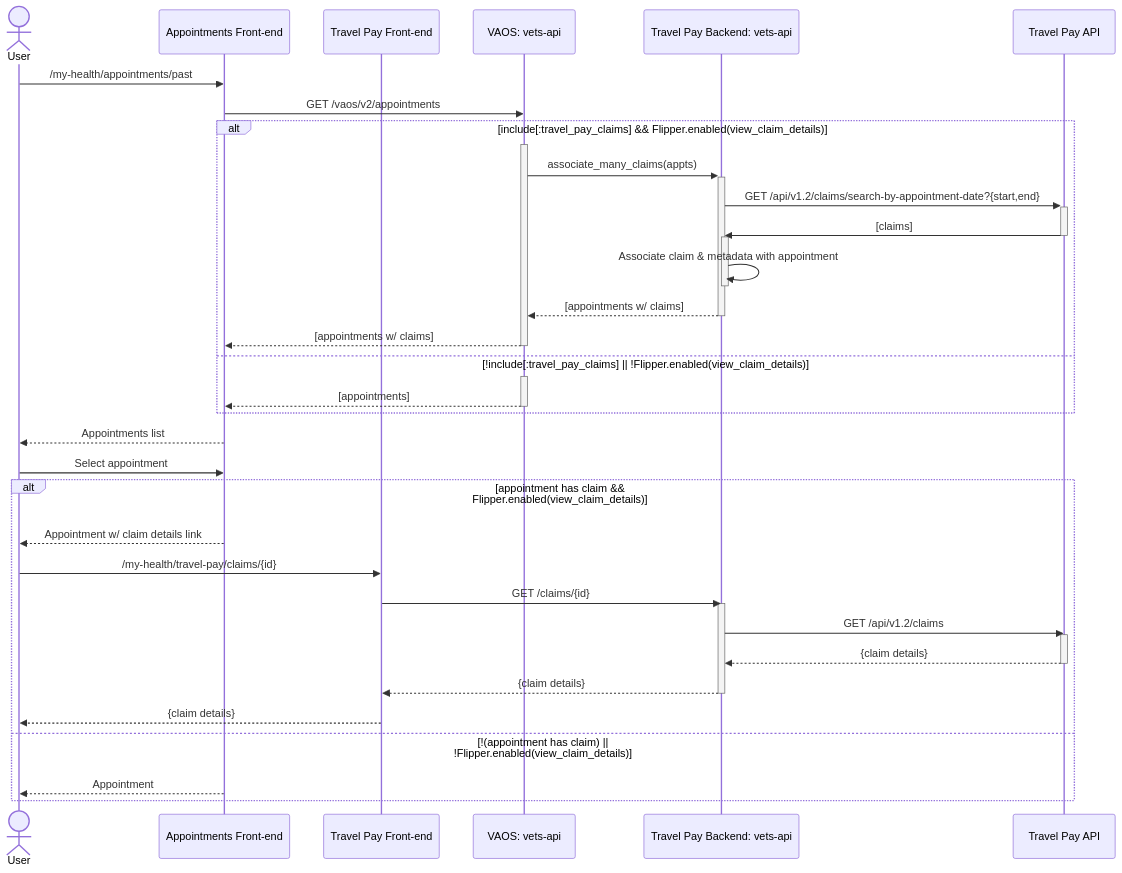
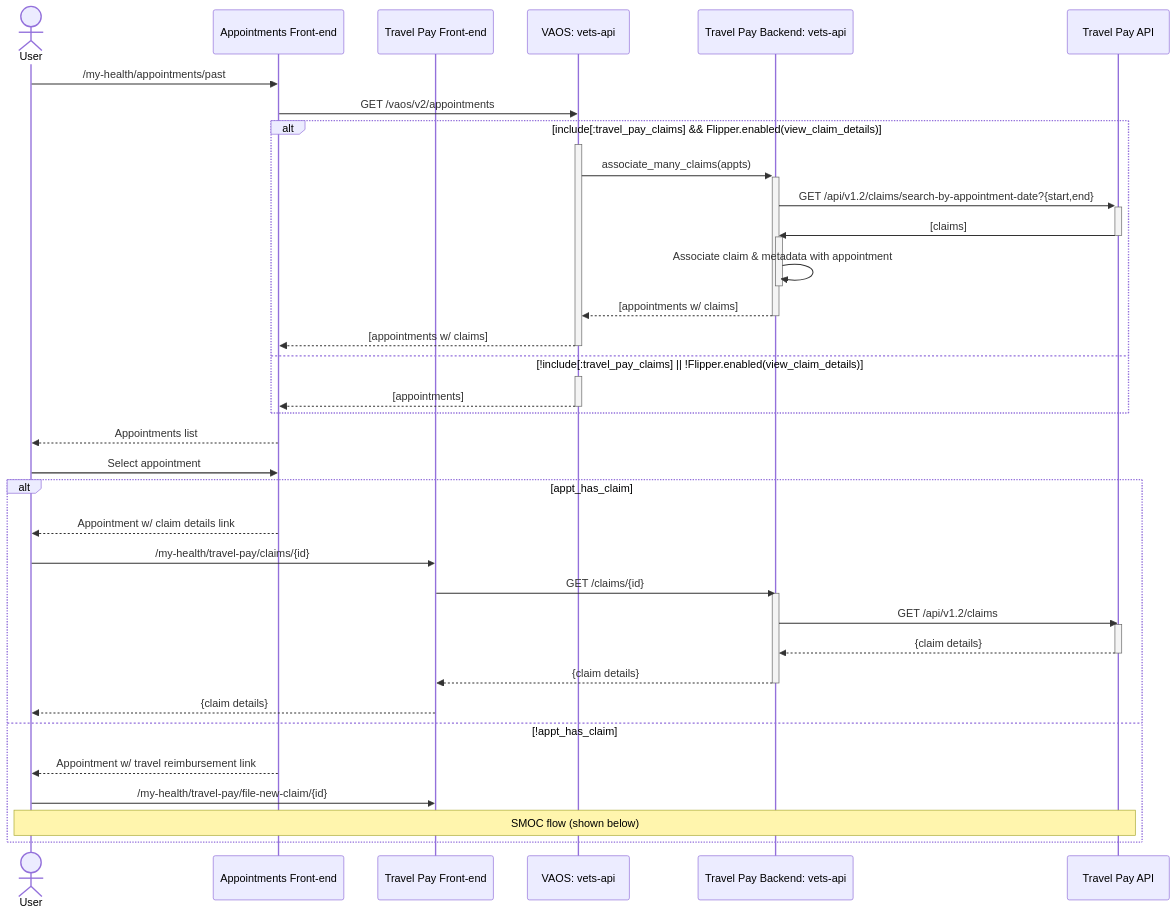
Before and after one commit to department-of-veterans-affairs/va.gov-team: the third of 4 diagrams in products/health-care/beneficiary-travel/engineering/submit-claim/full-sequence-diagram.md, drawn with Mermaid. The commit also changed other lines of this file, not shown here.

Commit message:
Consolidate entry from appts diagram into claim details

````diff
--- a/products/health-care/beneficiary-travel/engineering/submit-claim/full-sequence-diagram.md
+++ b/products/health-care/beneficiary-travel/engineering/submit-claim/full-sequence-diagram.md
@@ -61,50 +67,52 @@
 ```mermaid
 sequenceDiagram
     actor user as User
     participant appts as Appointments Front-end
     participant tp as Travel Pay Front-end
     participant vaos as VAOS: vets-api
     participant tpm  as Travel Pay Backend: vets-api
     participant tpapi as Travel Pay API
 
     user->>appts: /my-health/appointments/past
     appts ->> vaos: GET /vaos/v2/appointments
 
     alt include[:travel_pay_claims] && Flipper.enabled(view_claim_details)
       activate vaos
         vaos ->>+ tpm: associate_many_claims(appts)
         tpm ->>+ tpapi: GET /api/v1.2/claims/search-by-appointment-date?{start,end}
         tpapi ->>- tpm: [claims]
 
         activate tpm
           tpm ->> tpm: Associate claim & metadata with appointment
         deactivate tpm
 
         tpm -->>- vaos: [appointments w/ claims]
         vaos -->> appts: [appointments w/ claims]
       deactivate vaos
     else !include[:travel_pay_claims] || !Flipper.enabled(view_claim_details)
       activate vaos
         vaos -->> appts: [appointments]
       deactivate vaos
     end
     appts-->>user: Appointments list
     user->>appts: Select appointment
-    alt appointment has claim && Flipper.enabled(view_claim_details)
+    alt appt_has_claim
         appts-->>user: Appointment w/ claim details link
         user->>tp: /my-health/travel-pay/claims/{id}
 
         tp->>tpm: GET /claims/{id}
         activate tpm
             tpm->>tpapi: GET /api/v1.2/claims
             activate tpapi
                 tpapi-->>tpm: {claim details}
             deactivate tpapi
             tpm-->>tp: {claim details}
         deactivate tpm
+        tp-->>user: {claim details}
+    else !appt_has_claim
+        appts-->>user: Appointment w/ travel reimbursement link
+        user->>tp: /my-health/travel-pay/file-new-claim/{id}
 
-        tp-->>user: {claim details}
-    else !(appointment has claim) || !Flipper.enabled(view_claim_details)
-        appts-->>user: Appointment
+        Note over user,tpapi: SMOC flow (shown below)
     end
 ```
````
